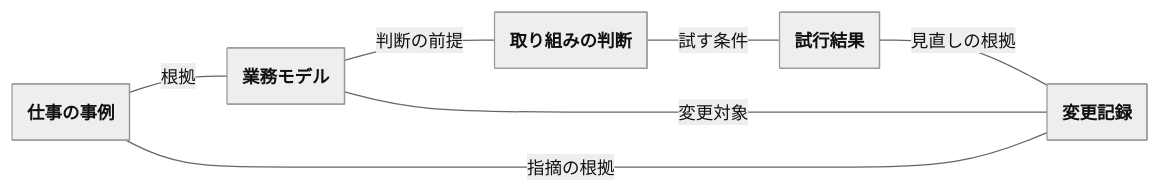
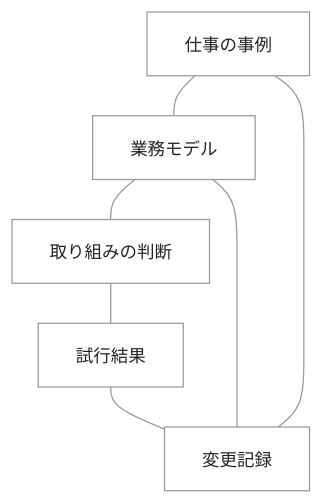
One commit to maakbo/fde changed the third of 4 diagrams in experiments/fde-product-pivot/visualization/README.md. Above: the diagram before and after it, drawn with Mermaid. The commit also changed other lines of this file, not shown here.

Commit message:
Simplify the visualization entry and restore the requirements model

````diff
--- a/experiments/fde-product-pivot/visualization/README.md
+++ b/experiments/fde-product-pivot/visualization/README.md
@@ -230,32 +136,33 @@
 ```mermaid
 ---
 config:
+  layout: dagre
   theme: neutral
+  flowchart:
+    curve: basis
+    htmlLabels: false
+    nodeSpacing: 24
+    rankSpacing: 32
   themeVariables:
+    lineColor: "#9E988E"
     fontFamily: "Inter, Hiragino Sans, sans-serif"
     fontSize: "14px"
-  class:
-    hideEmptyMembersBox: true
 ---
-classDiagram
-  accTitle: 情報のつながり
-  accDescr: 仕事の事例、業務モデル、取り組みの判断、試行結果、変更記録の関係。各用語の意味と使う仕事は図の下の表から開けます。
-  direction LR
-  %% 業務の中で使う情報と同じID。保存形式や件数は規定しない。
-  class i_work_example["仕事の事例"]
-  class i_work_model["業務モデル"]
-  class i_direction["取り組みの判断"]
-  class i_trial["試行結果"]
-  class i_change["変更記録"]
-  i_work_example -- i_work_model : 根拠
-  i_work_model -- i_direction : 判断の前提
-  i_direction -- i_trial : 試す条件
-  i_trial -- i_change : 見直しの根拠
-  i_work_example -- i_change : 指摘の根拠
-  i_change -- i_work_model : 変更対象
-  click i_work_example href "https://github.com/maakbo/fde/blob/draft/fde-product-pivot/experiments/fde-product-pivot/visualization/README.md#info-work-example" "仕事の事例の説明を開く" _blank
-  click i_work_model href "https://github.com/maakbo/fde/blob/draft/fde-product-pivot/experiments/fde-product-pivot/visualization/README.md#info-work-model" "業務モデルの説明を開く" _blank
-  click i_direction href "https://github.com/maakbo/fde/blob/draft/fde-product-pivot/experiments/fde-product-pivot/visualization/README.md#info-direction" "取り組みの判断の説明を開く" _blank
-  click i_trial href "https://github.com/maakbo/fde/blob/draft/fde-product-pivot/experiments/fde-product-pivot/visualization/README.md#info-trial" "試行結果の説明を開く" _blank
-  click i_change href "https://github.com/maakbo/fde/blob/draft/fde-product-pivot/experiments/fde-product-pivot/visualization/README.md#info-change" "変更記録の説明を開く" _blank
+flowchart TB
+  accTitle: fdeを育てる仕事で扱う情報
+  accDescr: 仕事の事例、業務モデル、取り組みの判断、試行結果、変更記録がどう関係するか。
+  %% 関連線だけを表示。業務の順番、保存形式、多重度は規定しない。
+  i_work_example["仕事の事例"]
+  i_work_model["業務モデル"]
+  i_direction["取り組みの判断"]
+  i_trial["試行結果"]
+  i_change["変更記録"]
+  i_work_example --- i_work_model
+  i_work_model --- i_direction
+  i_direction --- i_trial
+  i_trial --- i_change
+  i_work_example --- i_change
+  i_work_model --- i_change
+  classDef entity fill:#FFFFFF,stroke:#9E988E,stroke-width:1px,color:#25231F
+  class i_work_example,i_work_model,i_direction,i_trial,i_change entity
 ```
````
